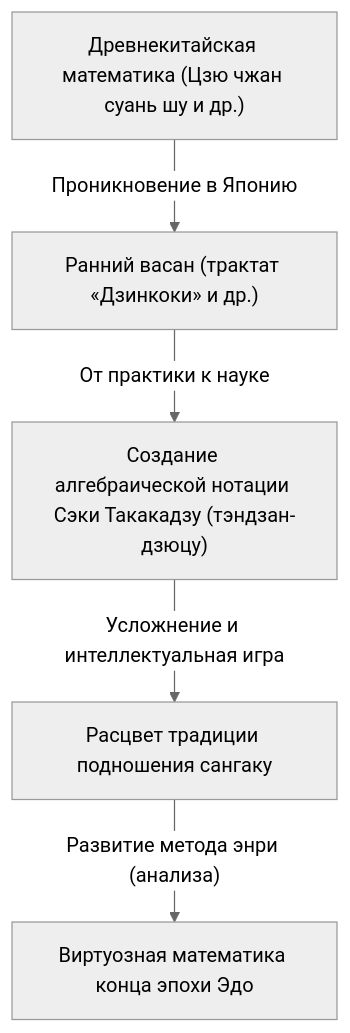
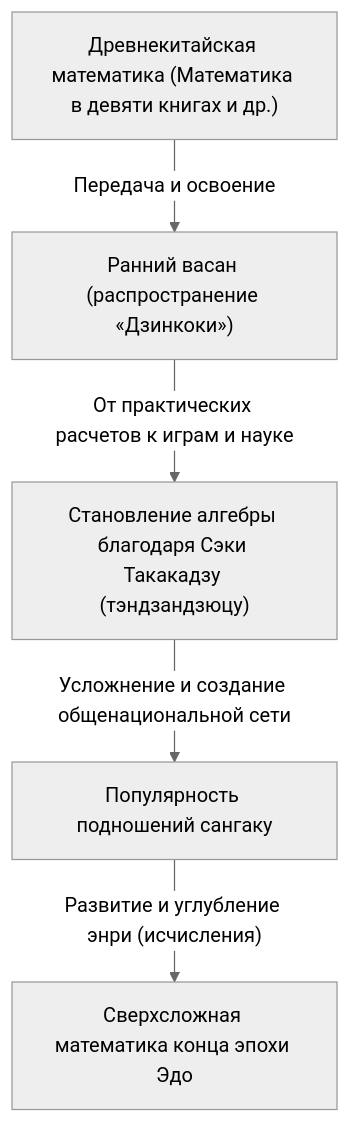
One commit to kenjinote/blog changed the first of 2 diagrams in content/post/history-of-wasan-japanese-mathematics/index.ru.md. Above: the diagram before and after it, drawn with Mermaid (neutral theme). The commit also changed other lines of this file and 129 other files, not shown here.

````diff
--- a/content/post/history-of-wasan-japanese-mathematics/index.ru.md
+++ b/content/post/history-of-wasan-japanese-mathematics/index.ru.md
@@ -17,7 +25,7 @@
 ```mermaid
 graph TD
-    A["Древнекитайская математика (Цзю чжан суань шу и др.)"] -- "Проникновение в Японию" --> B["Ранний васан (трактат «Дзинкоки» и др.)"]
-    B -- "От практики к науке" --> C["Создание алгебраической нотации Сэки Такакадзу (тэндзан-дзюцу)"]
-    C -- "Усложнение и интеллектуальная игра" --> D["Расцвет традиции подношения сангаку"]
-    D -- "Развитие метода энри (анализа)" --> E["Виртуозная математика конца эпохи Эдо"]
+    A["Древнекитайская математика (Математика в девяти книгах и др.)"] -- "Передача и освоение" --> B["Ранний васан (распространение «Дзинкоки»)"]
+    B -- "От практических расчетов к играм и науке" --> C["Становление алгебры благодаря Сэки Такакадзу (тэндзандзюцу)"]
+    C -- "Усложнение и создание общенациональной сети" --> D["Популярность подношений сангаку"]
+    D -- "Развитие и углубление энри (исчисления)" --> E["Сверхсложная математика конца эпохи Эдо"]
 ```
````
